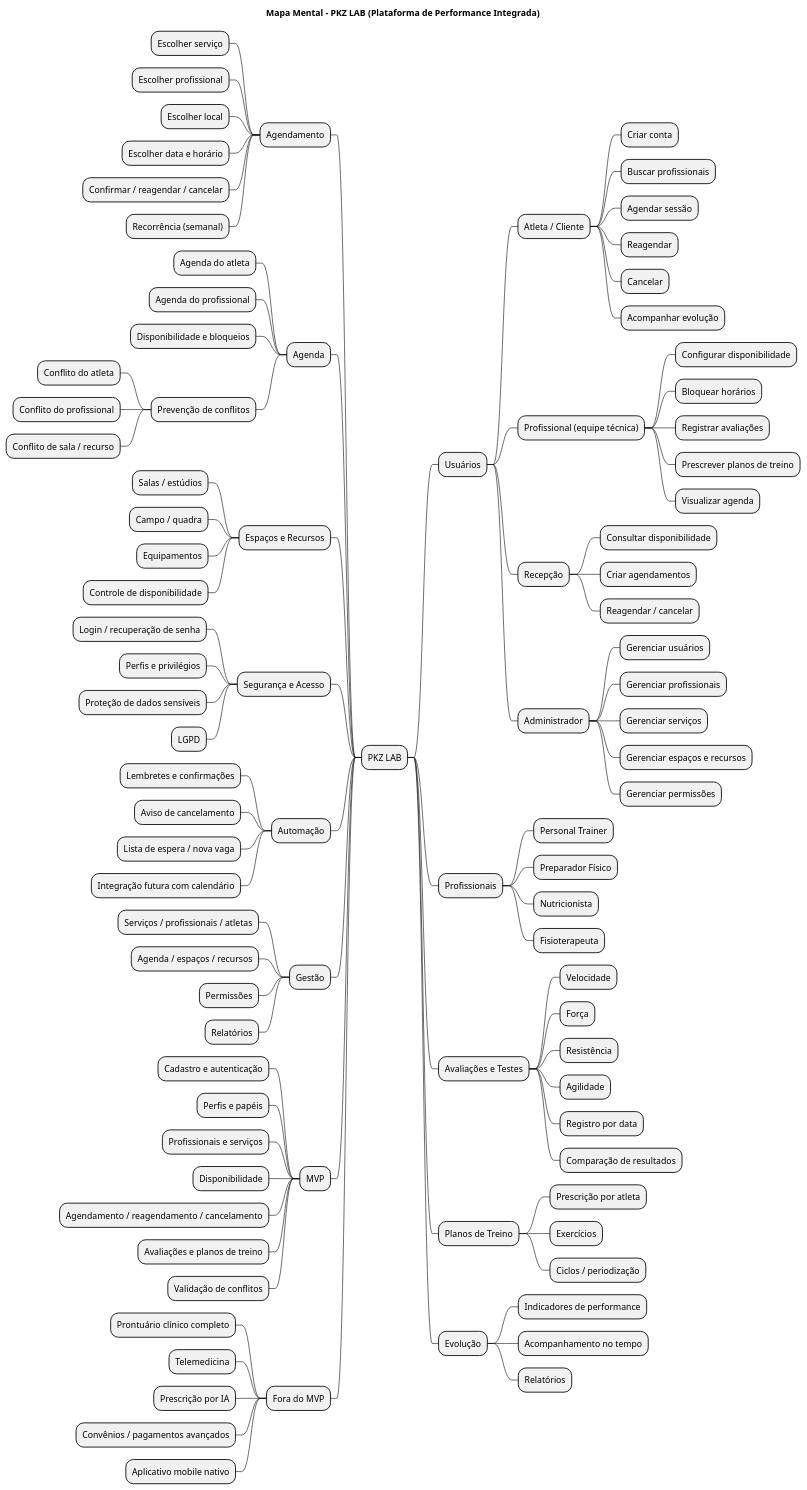
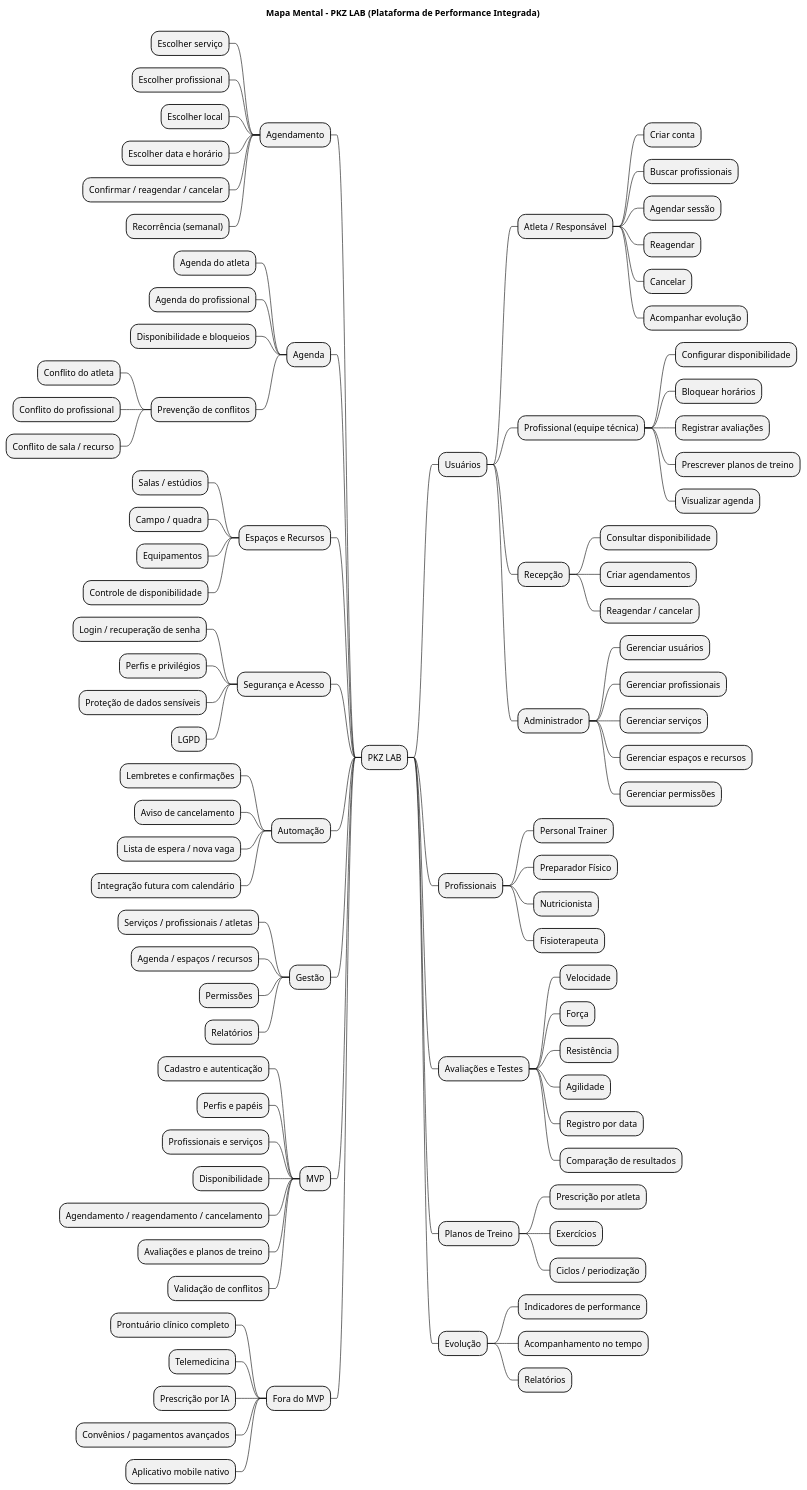
Before and after one commit to Projetos-de-Extensao/PECDII_26.2_8001_II: the diagram in docs/Iniciacao/mapa_mental.md, drawn with PlantUML.

Commit message:
Update user role from 'Cliente' to 'Responsável'

```diff
--- a/docs/Iniciacao/mapa_mental.md
+++ b/docs/Iniciacao/mapa_mental.md
@@ -27,7 +27,7 @@
 
 * PKZ LAB
 ** Usuários
-*** Atleta / Cliente
+*** Atleta / Responsável
 **** Criar conta
 **** Buscar profissionais
 **** Agendar sessão
```
